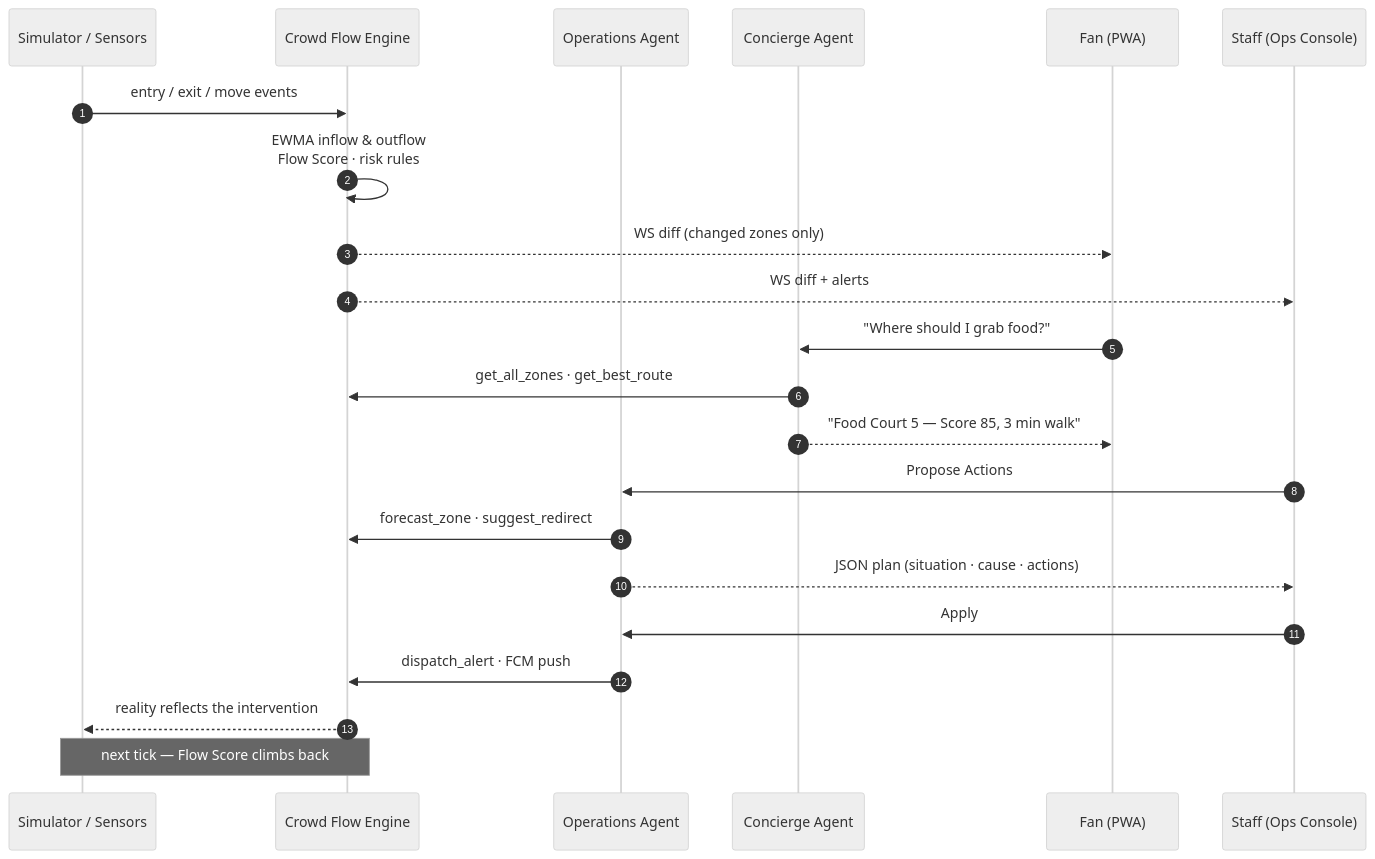
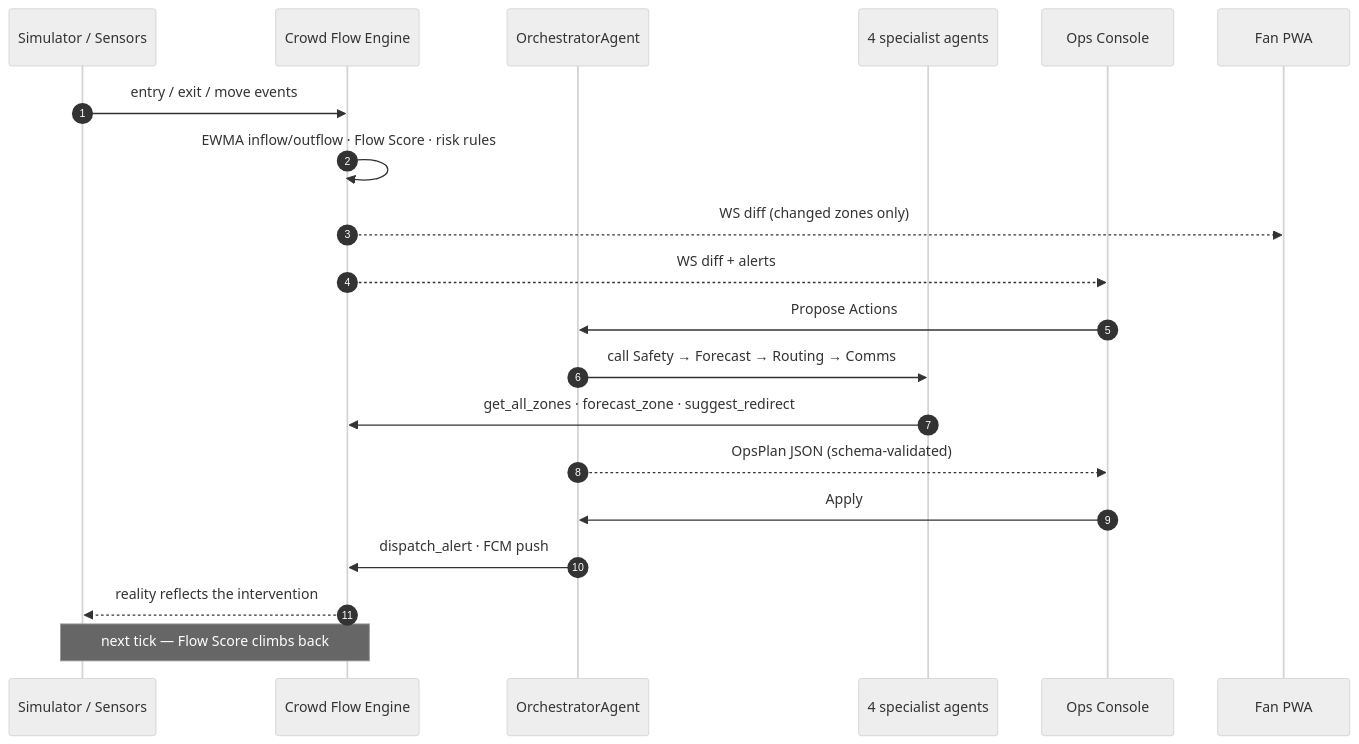
One commit to shri-ram07/FlowPulse changed the fourth of 6 diagrams in README.md. Above: the diagram before and after it, drawn with Mermaid (neutral theme). The commit also changed other lines of this file and 69 other files, not shown here.

````diff
--- a/README.md
+++ b/README.md
@@ -209,27 +222,24 @@
 ```mermaid
 sequenceDiagram
     autonumber
     participant Sim as Simulator / Sensors
     participant Eng as Crowd Flow Engine
-    participant Ops as Operations Agent
-    participant Con as Concierge Agent
-    participant Fan as Fan (PWA)
-    participant Staff as Staff (Ops Console)
+    participant Orc as OrchestratorAgent
+    participant Sub as 4 specialist agents
+    participant Staff as Ops Console
+    participant Fan as Fan PWA
 
     Sim->>Eng: entry / exit / move events
-    Eng->>Eng: EWMA inflow & outflow<br/>Flow Score · risk rules
+    Eng->>Eng: EWMA inflow/outflow · Flow Score · risk rules
     Eng-->>Fan: WS diff (changed zones only)
     Eng-->>Staff: WS diff + alerts
 
-    Fan->>Con: "Where should I grab food?"
-    Con->>Eng: get_all_zones · get_best_route
-    Con-->>Fan: "Food Court 5 — Score 85, 3 min walk"
-
-    Staff->>Ops: Propose Actions
-    Ops->>Eng: forecast_zone · suggest_redirect
-    Ops-->>Staff: JSON plan (situation · cause · actions)
-    Staff->>Ops: Apply
-    Ops->>Eng: dispatch_alert · FCM push
+    Staff->>Orc: Propose Actions
+    Orc->>Sub: call Safety → Forecast → Routing → Comms
+    Sub->>Eng: get_all_zones · forecast_zone · suggest_redirect
+    Orc-->>Staff: OpsPlan JSON (schema-validated)
+    Staff->>Orc: Apply
+    Orc->>Eng: dispatch_alert · FCM push
     Eng-->>Sim: reality reflects the intervention
     Note over Sim,Eng: next tick — Flow Score climbs back
 ```
````
